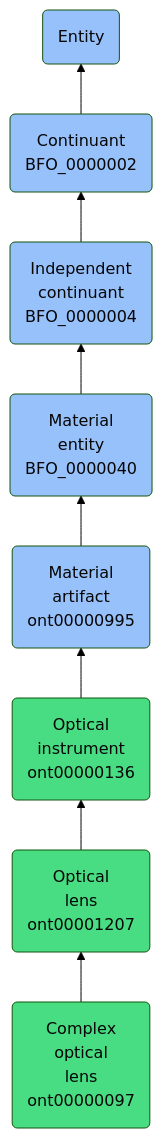
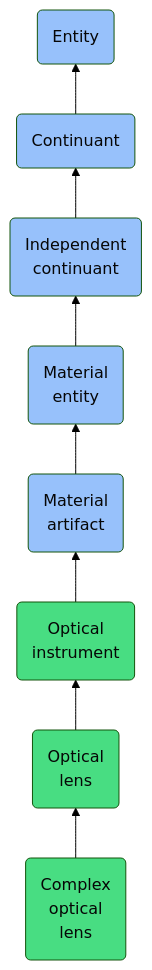
One commit to jupyter-naas/abi changed the diagram in docs/ontology/reference/model/Entity/Continuant/Independent continuant/Material entity/Material artifact/Optical instrument/Optical lens/Complex optical lens/Complex optical lens.md. Above: the diagram before and after it, drawn with Mermaid (forest theme). The commit also changed other lines of this file and 1430 other files, not shown here.

````diff
--- a/docs/ontology/reference/model/Entity/Continuant/Independent continuant/Material entity/Material artifact/Optical instrument/Optical lens/Complex optical lens/Complex optical lens.md
+++ b/docs/ontology/reference/model/Entity/Continuant/Independent continuant/Material entity/Material artifact/Optical instrument/Optical lens/Complex optical lens/Complex optical lens.md
@@ -24,15 +24,15 @@
 ```mermaid
 graph BT
-    ont00000097(Complex<br>optical<br>lens<br>ont00000097):::ABI-->ont00001207
-    ont00001207(Optical<br>lens<br>ont00001207):::ABI-->ont00000136
-    ont00000136(Optical<br>instrument<br>ont00000136):::ABI-->ont00000995
-    ont00000995(Material<br>artifact<br>ont00000995):::BFO-->BFO_0000040
-    BFO_0000040(Material<br>entity<br>BFO_0000040):::BFO-->BFO_0000004
-    BFO_0000004(Independent<br>continuant<br>BFO_0000004):::BFO-->BFO_0000002
-    BFO_0000002(Continuant<br>BFO_0000002):::BFO-->BFO_0000001
+    ont00000097(Complex<br>optical<br>lens):::ABI-->ont00001207
+    ont00001207(Optical<br>lens):::ABI-->ont00000136
+    ont00000136(Optical<br>instrument):::ABI-->ont00000995
+    ont00000995(Material<br>artifact):::BFO-->BFO_0000040
+    BFO_0000040(Material<br>entity):::BFO-->BFO_0000004
+    BFO_0000004(Independent<br>continuant):::BFO-->BFO_0000002
+    BFO_0000002(Continuant):::BFO-->BFO_0000001
     BFO_0000001(Entity):::BFO
     
     classDef BFO fill:#97c1fb,color:#060606
     classDef CCO fill:#e4c51e,color:#060606
     classDef ABI fill:#48DD82,color:#060606
 ```
````
